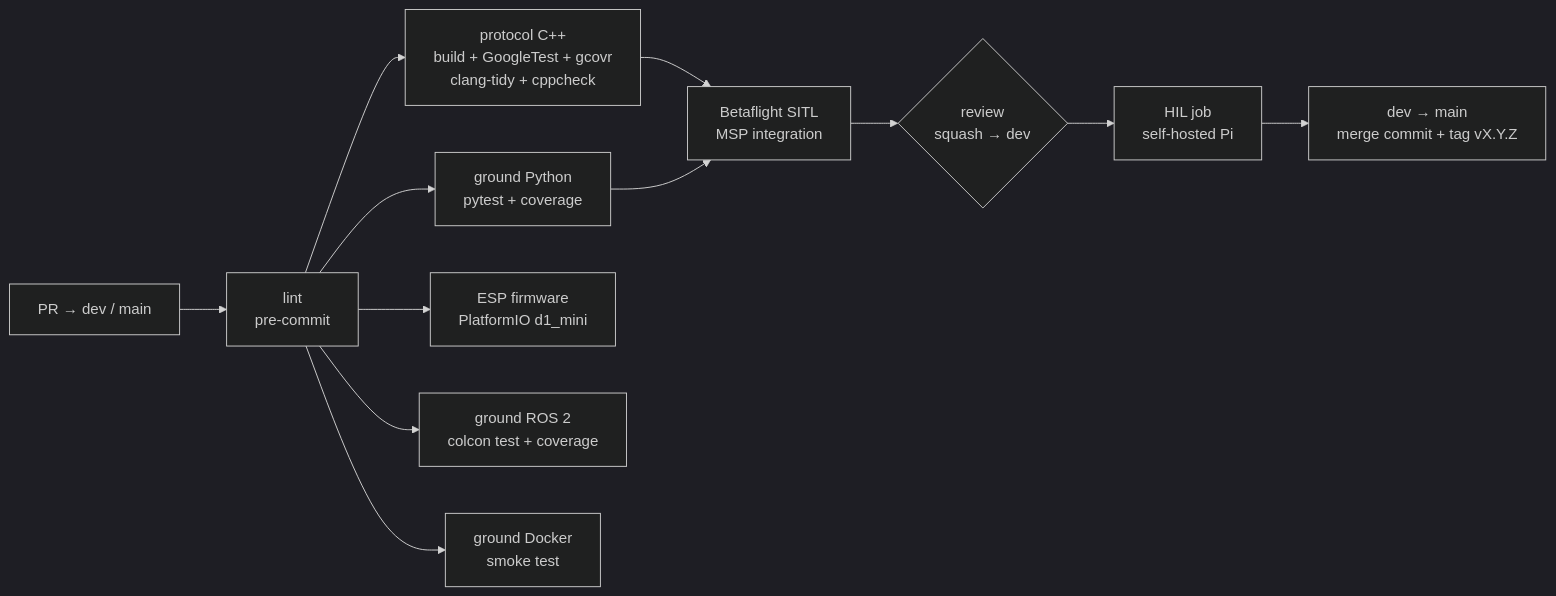
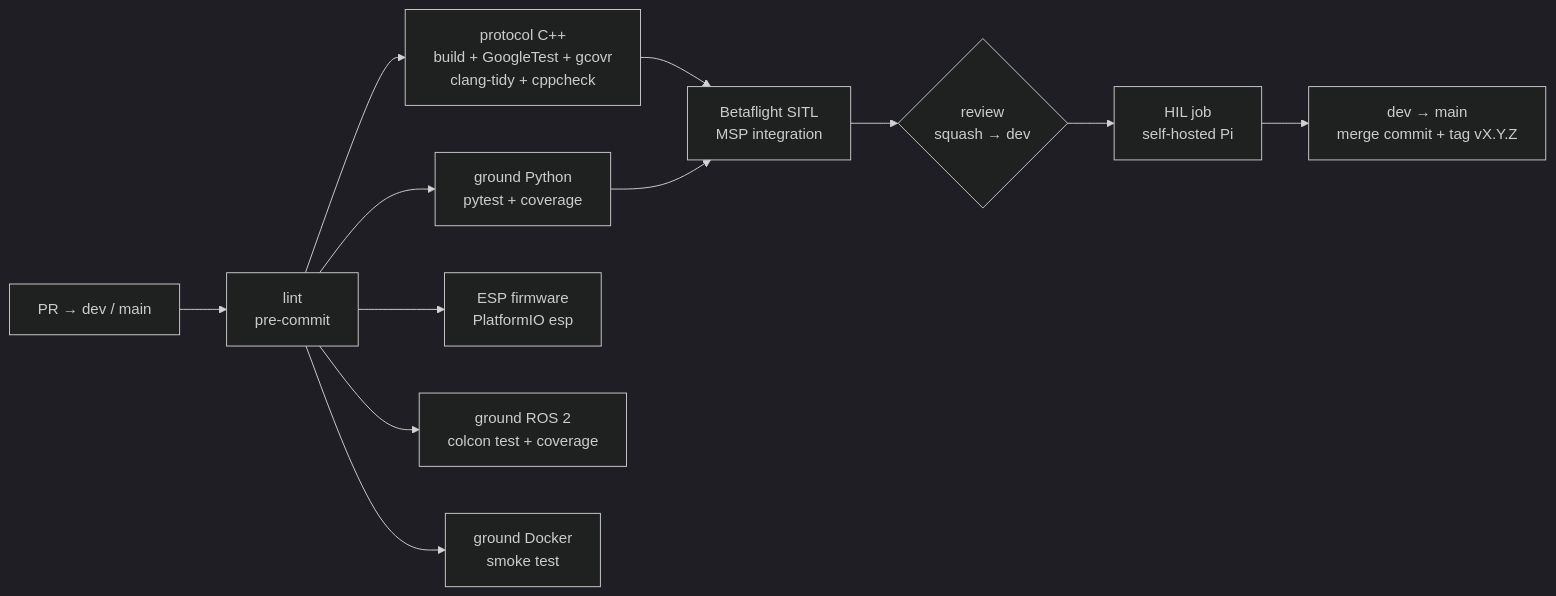
Before and after one commit to SEAME-pt/SEA-ME_Team1_ROSRangers: the diagram in docs/PraticalPlan/04 CI-CD/CI-CD Overview.md, drawn with Mermaid (dark theme). The commit also changed other lines of this file and 25 other files, not shown here.

First line of the commit message:
Custom ESP UART↔UDP bridge firmware and ESP bench Stage 1 results (#116)

````diff
--- a/docs/PraticalPlan/04 CI-CD/CI-CD Overview.md
+++ b/docs/PraticalPlan/04 CI-CD/CI-CD Overview.md
@@ -25,14 +25,14 @@
 ```mermaid
 flowchart LR
   PR["PR → dev / main"] --> L["lint<br/>pre-commit"]
   L --> CPP["protocol C++<br/>build + GoogleTest + gcovr<br/>clang-tidy + cppcheck"]
   L --> PY["ground Python<br/>pytest + coverage"]
-  L --> FW["ESP firmware<br/>PlatformIO d1_mini"]
+  L --> FW["ESP firmware<br/>PlatformIO esp"]
   L --> ROS["ground ROS 2<br/>colcon test + coverage"]
   L --> DCK["ground Docker<br/>smoke test"]
   CPP --> SITL["Betaflight SITL<br/>MSP integration"]
   PY --> SITL
   SITL --> REV{"review<br/>squash → dev"}
   REV --> HIL["HIL job<br/>self-hosted Pi"]
   HIL --> MAIN["dev → main<br/>merge commit + tag vX.Y.Z"]
 ```
````
